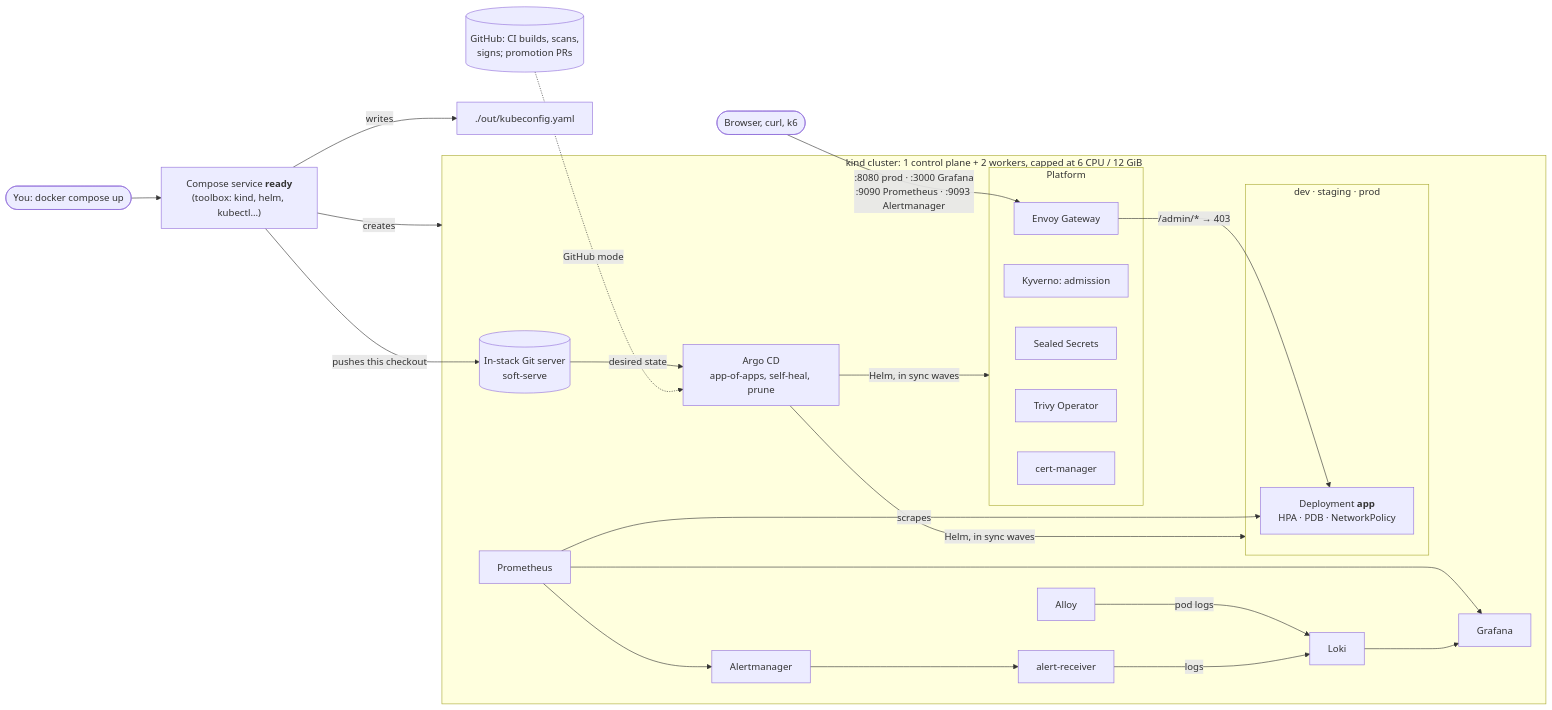
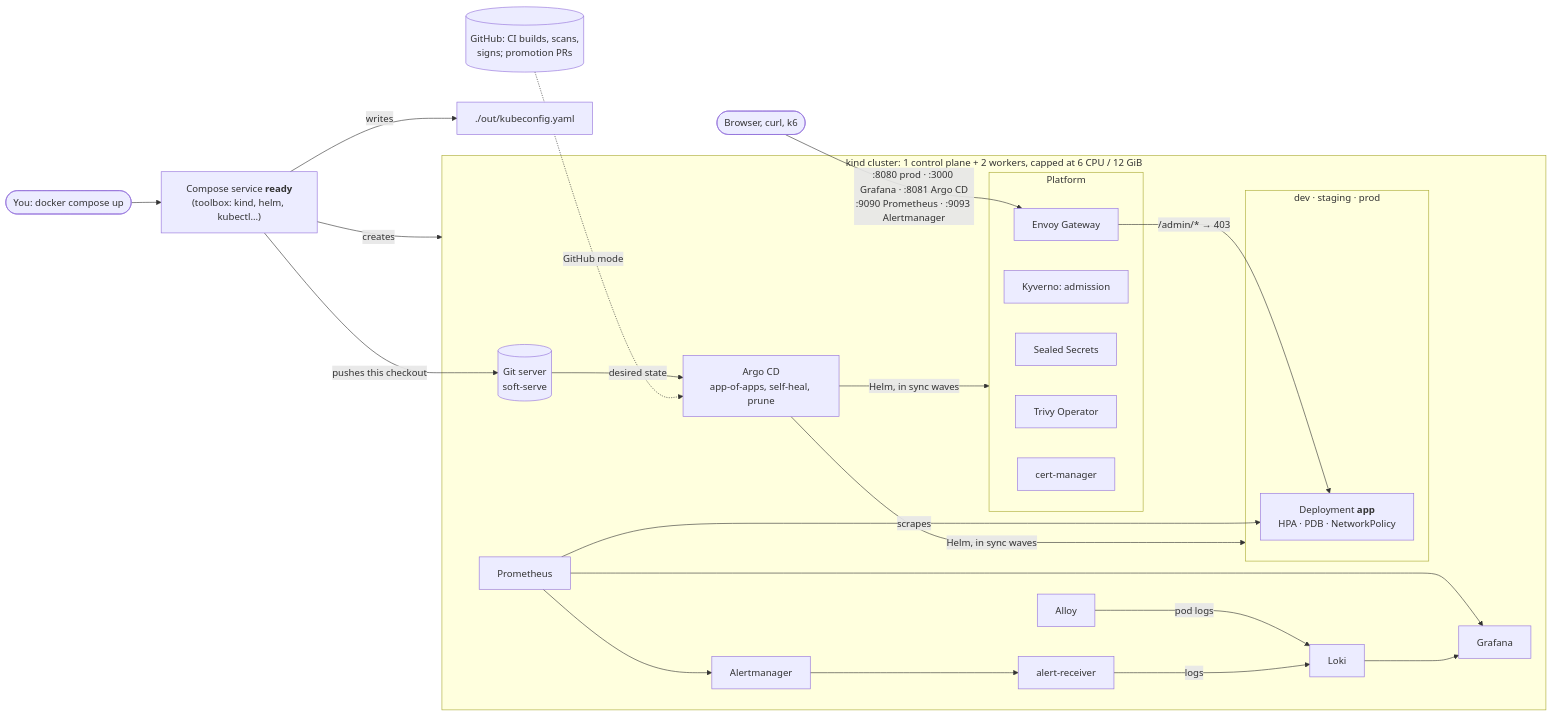
Before and after one commit to iantest11111989/orders-gateway-platform: the first of 2 diagrams in README.md, drawn with Mermaid. The commit also changed other lines of this file and 95 other files, not shown here.

````diff
--- a/README.md
+++ b/README.md
@@ -91,30 +75,30 @@
 ```mermaid
 flowchart LR
   you([You: docker compose up]) --> ready["Compose service <b>ready</b><br/>(toolbox: kind, helm, kubectl…)"]
   ready -->|creates| cluster
   ready -->|pushes this checkout| git
   ready -->|writes| kc[./out/kubeconfig.yaml]
 
   subgraph cluster [kind cluster: 1 control plane + 2 workers, capped at 6 CPU / 12 GiB]
-    git[(In-stack Git server<br/>soft-serve)] -->|desired state| argocd[Argo CD<br/>app-of-apps, self-heal, prune]
+    git[(Git server<br/>soft-serve)] -->|desired state| argocd[Argo CD<br/>app-of-apps, self-heal, prune]
     argocd -->|Helm, in sync waves| platform & envs
     subgraph envs [dev · staging · prod]
       app["Deployment <b>app</b><br/>HPA · PDB · NetworkPolicy"]
     end
     subgraph platform [Platform]
       gw[Envoy Gateway]
       kyv[Kyverno: admission]
       ss[Sealed Secrets]
       trivy[Trivy Operator]
       cm[cert-manager]
     end
     gw -->|"/admin/* → 403"| app
     prom[Prometheus] -->|scrapes| app
     alloy[Alloy] -->|pod logs| loki[Loki]
     prom --> am[Alertmanager] --> recv[alert-receiver] -->|logs| loki
     prom & loki --> graf[Grafana]
   end
 
-  user([Browser, curl, k6]) -->|":8080 prod · :3000 Grafana<br/>:9090 Prometheus · :9093 Alertmanager"| gw
+  user([Browser, curl, k6]) -->|":8080 prod · :3000 Grafana · :8081 Argo CD<br/>:9090 Prometheus · :9093 Alertmanager"| gw
   gh[(GitHub: CI builds, scans,<br/>signs; promotion PRs)] -.->|GitHub mode| argocd
 ```
````
